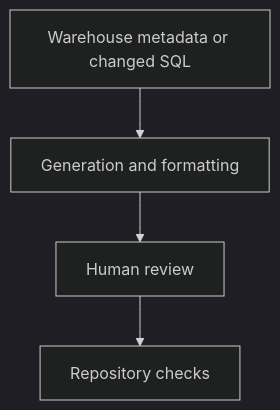
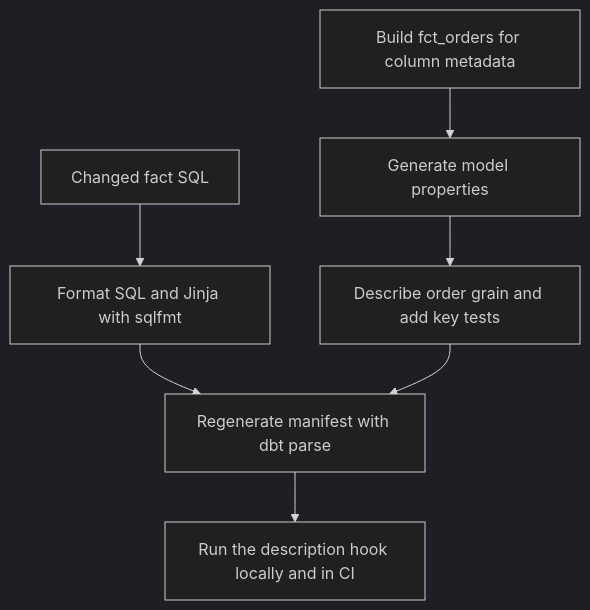
The diagram in docs/lessons/0034-dbt-codegen-sqlfmt-and-dbt-checkpoint.md (Rohit1024/dbt-learn), drawn with Mermaid (dark theme) before and after one commit. The commit also changed other lines of this file and 4 other files, not shown here.

````diff
--- a/docs/lessons/0034-dbt-codegen-sqlfmt-and-dbt-checkpoint.md
+++ b/docs/lessons/0034-dbt-codegen-sqlfmt-and-dbt-checkpoint.md
@@ -7,8 +9,9 @@
 ```mermaid
 flowchart TD
-    A["Warehouse metadata or changed SQL"]
-    B["Generation and formatting"]
-    C["Human review"]
-    D["Repository checks"]
-    A --> B --> C --> D
+    Fact["Build fct_orders for column metadata"] --> Codegen["Generate model properties"]
+    Codegen --> Review["Describe order grain and add key tests"]
+    SQL["Changed fact SQL"] --> Format["Format SQL and Jinja with sqlfmt"]
+    Format --> Parse["Regenerate manifest with dbt parse"]
+    Review --> Parse
+    Parse --> Hook["Run the description hook locally and in CI"]
 ```
````
